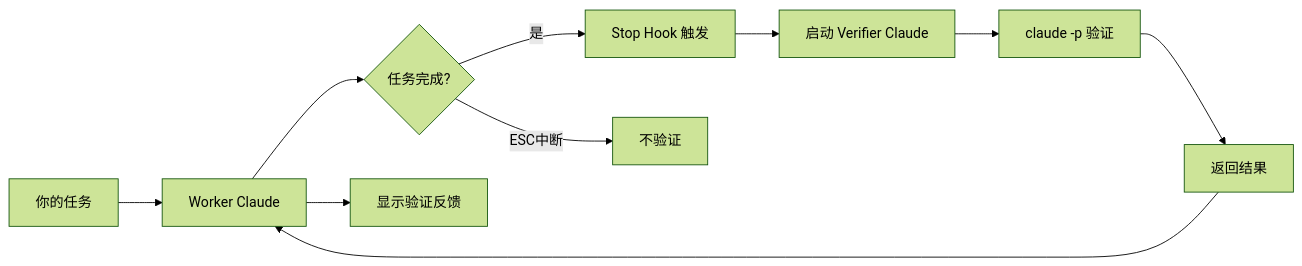
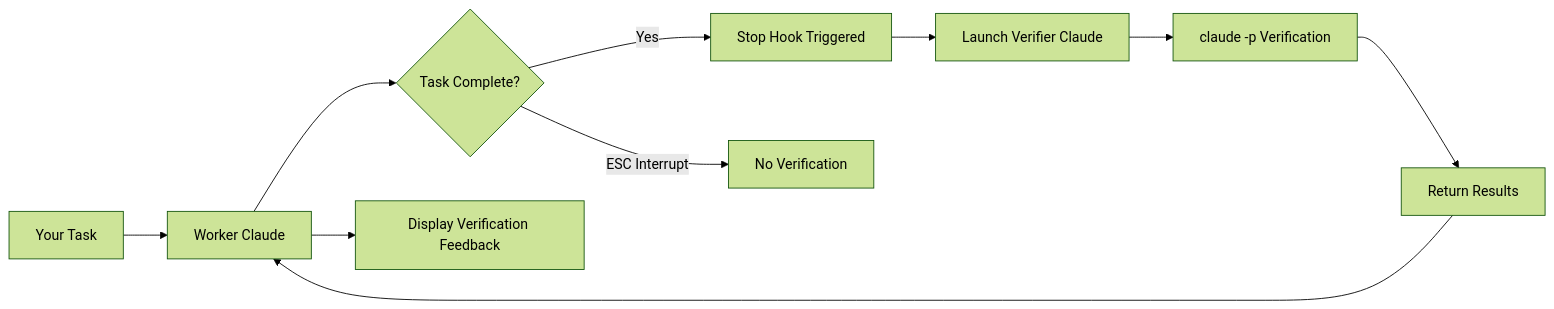
The diagram in README.md (willkan/ho-cc-supervisor), drawn with Mermaid (forest theme) before and after one commit. The commit also changed other lines of this file and 19 other files, not shown here.

````diff
--- a/README.md
+++ b/README.md
@@ -101,12 +101,12 @@
 ```mermaid
 graph LR
-    A[你的任务] --> B[Worker Claude]
-    B --> C{任务完成?}
-    C -->|是| D[Stop Hook 触发]
-    D --> E[启动 Verifier Claude]
-    E --> F[claude -p 验证]
-    F --> G[返回结果]
+    A[Your Task] --> B[Worker Claude]
+    B --> C{Task Complete?}
+    C -->|Yes| D[Stop Hook Triggered]
+    D --> E[Launch Verifier Claude]
+    E --> F[claude -p Verification]
+    F --> G[Return Results]
     G --> B
-    B --> H[显示验证反馈]
-    C -->|ESC中断| I[不验证]
+    B --> H[Display Verification Feedback]
+    C -->|ESC Interrupt| I[No Verification]
 ```
````
